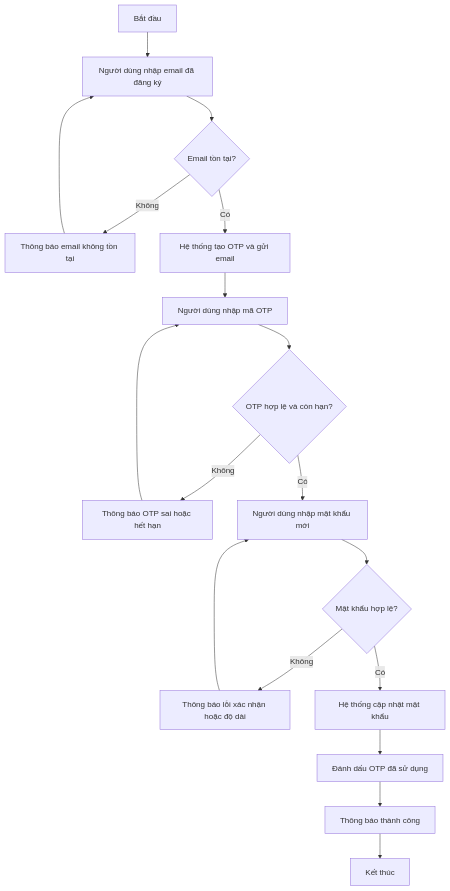
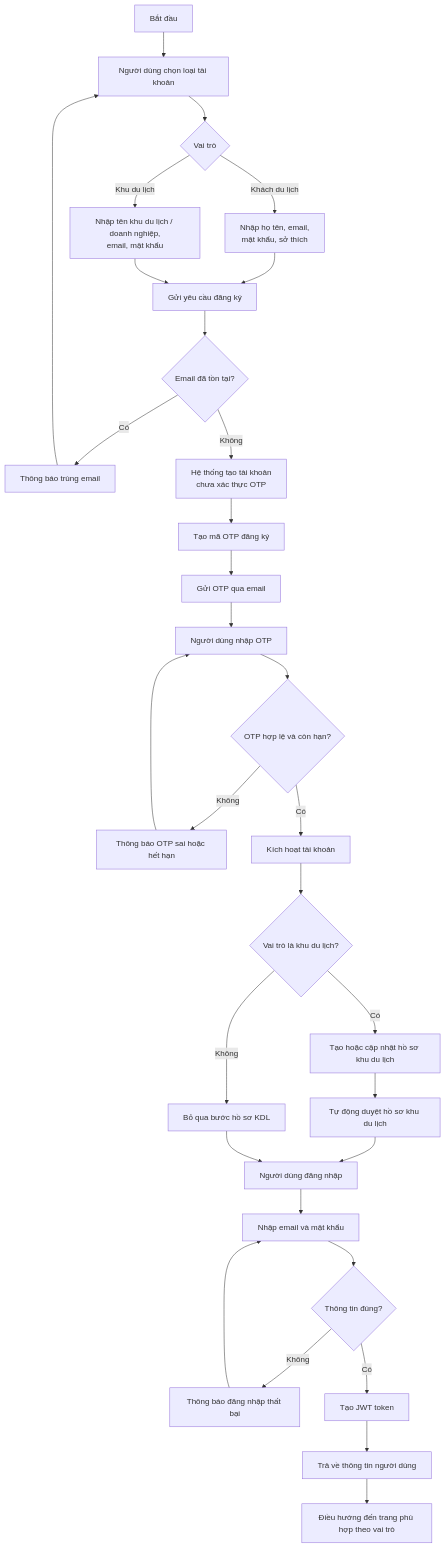
The sixth of 11 diagrams in docs/so-do-he-thong.md (anhlalyn/TravelConnect), drawn with Mermaid before and after one commit. The commit also changed other lines of this file and 5 other files, not shown here.

````diff
--- a/docs/so-do-he-thong.md
+++ b/docs/so-do-he-thong.md
@@ -47,20 +381,33 @@
 ```mermaid
 flowchart TD
-    A[Bắt đầu] --> B[Người dùng nhập email đã đăng ký]
-    B --> C{Email tồn tại?}
-    C -- Không --> D[Thông báo email không tồn tại]
-    D --> B
-    C -- Có --> E[Hệ thống tạo OTP và gửi email]
-    E --> F[Người dùng nhập mã OTP]
-    F --> G{OTP hợp lệ và còn hạn?}
-    G -- Không --> H[Thông báo OTP sai hoặc hết hạn]
-    H --> F
-    G -- Có --> I[Người dùng nhập mật khẩu mới]
-    I --> J{Mật khẩu hợp lệ?}
-    J -- Không --> K[Thông báo lỗi xác nhận hoặc độ dài]
-    K --> I
-    J -- Có --> L[Hệ thống cập nhật mật khẩu]
-    L --> M[Đánh dấu OTP đã sử dụng]
-    M --> N[Thông báo thành công]
-    N --> O[Kết thúc]
+    A1[Bắt đầu] --> B1[Người dùng chọn loại tài khoản]
+    B1 --> C1{Vai trò}
+    C1 -- Khách du lịch --> D1[Nhập họ tên, email,\nmật khẩu, sở thích]
+    C1 -- Khu du lịch --> E1[Nhập tên khu du lịch / doanh nghiệp,\nemail, mật khẩu]
+    D1 --> F1[Gửi yêu cầu đăng ký]
+    E1 --> F1
+    F1 --> G1{Email đã tồn tại?}
+    G1 -- Có --> H1[Thông báo trùng email]
+    H1 --> B1
+    G1 -- Không --> I1[Hệ thống tạo tài khoản\nchưa xác thực OTP]
+    I1 --> J1[Tạo mã OTP đăng ký]
+    J1 --> K1[Gửi OTP qua email]
+    K1 --> L1[Người dùng nhập OTP]
+    L1 --> M1{OTP hợp lệ và còn hạn?}
+    M1 -- Không --> N1[Thông báo OTP sai hoặc hết hạn]
+    N1 --> L1
+    M1 -- Có --> O1[Kích hoạt tài khoản]
+    O1 --> P1{Vai trò là khu du lịch?}
+    P1 -- Có --> Q1[Tạo hoặc cập nhật hồ sơ khu du lịch]
+    Q1 --> R1[Tự động duyệt hồ sơ khu du lịch]
+    P1 -- Không --> S1[Bỏ qua bước hồ sơ KDL]
+    R1 --> T1[Người dùng đăng nhập]
+    S1 --> T1
+    T1 --> U1[Nhập email và mật khẩu]
+    U1 --> V1{Thông tin đúng?}
+    V1 -- Không --> W1[Thông báo đăng nhập thất bại]
+    W1 --> U1
+    V1 -- Có --> X1[Tạo JWT token]
+    X1 --> Y1[Trả về thông tin người dùng]
+    Y1 --> Z1[Điều hướng đến trang phù hợp theo vai trò]
 ```
````
